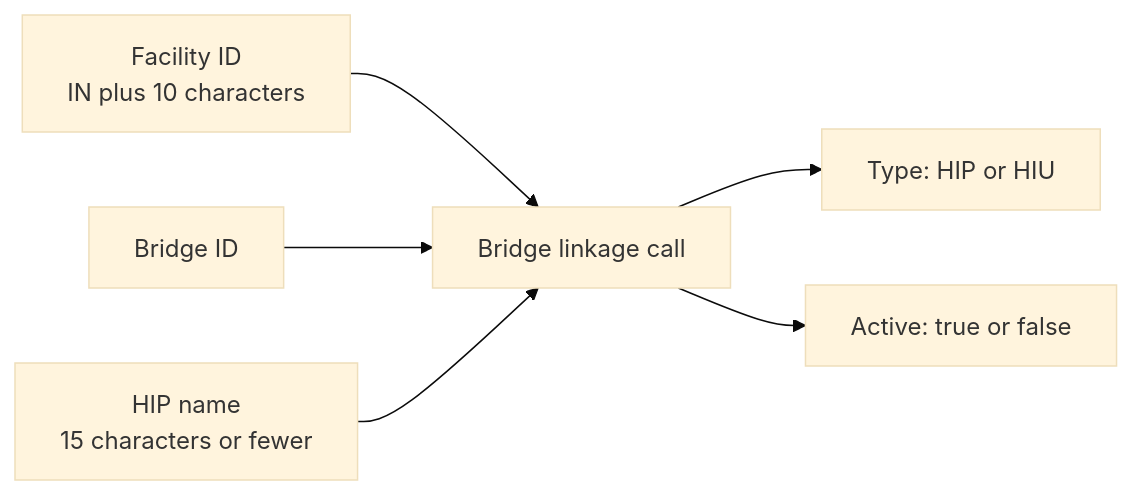
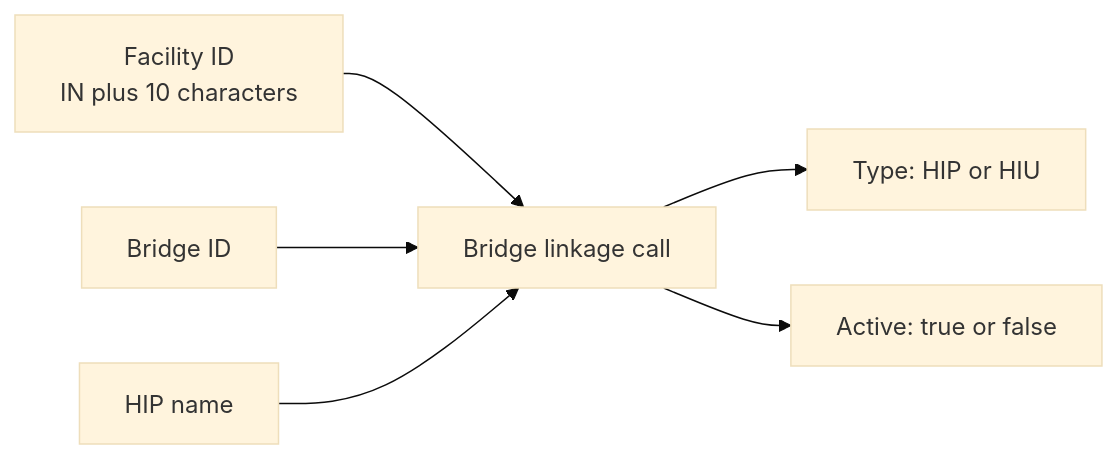
Before and after one commit to nha-in/docs: the sixth of 6 diagrams in site/docs/hiecm/v3/milestones/m4.mdx, drawn with Mermaid (base theme). The commit also changed other lines of this file and 23 other files, not shown here.

````diff
--- a/site/docs/hiecm/v3/milestones/m4.mdx
+++ b/site/docs/hiecm/v3/milestones/m4.mdx
@@ -245,8 +229,8 @@
 ```mermaid
 flowchart LR
     A["Facility ID<br/>IN plus 10 characters"] --> B["Bridge linkage call"]
     C["Bridge ID"] --> B
-    D["HIP name<br/>15 characters or fewer"] --> B
+    D["HIP name"] --> B
     B --> E["Type: HIP or HIU"]
     B --> F["Active: true or false"]
 ```
````
